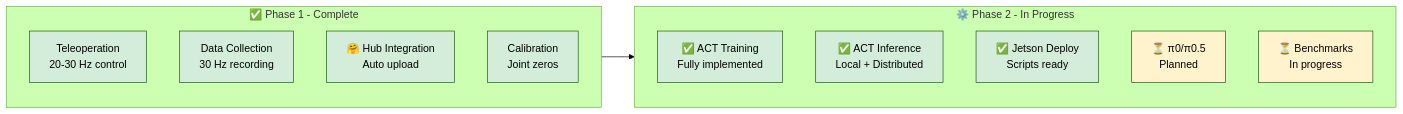
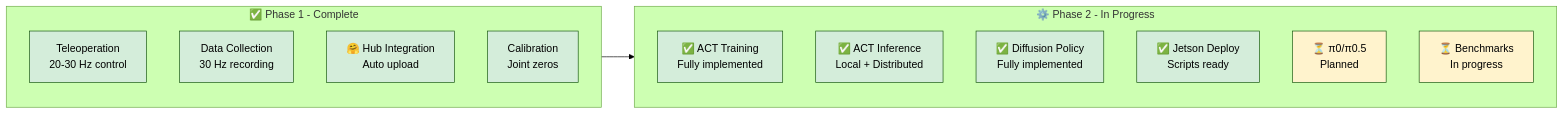
Diagram 11 of 13 in _posts/2025-12-18-allen-vla.md (nu-jliu/nu-jliu.github.io), drawn with Mermaid (forest theme) before and after one commit. The commit also changed other lines of this file and 2 other files, not shown here.

Commit message:
diffusion policy

````diff
--- a/_posts/2025-12-18-allen-vla.md
+++ b/_posts/2025-12-18-allen-vla.md
@@ -727,29 +796,31 @@
 ```mermaid
 graph LR
     subgraph Phase1["✅ Phase 1 - Complete"]
         P1A["Teleoperation<br/>20-30 Hz control"]
         P1B["Data Collection<br/>30 Hz recording"]
         P1C["🤗 Hub Integration<br/>Auto upload"]
         P1D["Calibration<br/>Joint zeros"]
     end
 
     subgraph Phase2["⚙️ Phase 2 - In Progress"]
         P2A["✅ ACT Training<br/>Fully implemented"]
         P2B["✅ ACT Inference<br/>Local + Distributed"]
+        P2F["✅ Diffusion Policy<br/>Fully implemented"]
         P2C["✅ Jetson Deploy<br/>Scripts ready"]
         P2D["⏳ π0/π0.5<br/>Planned"]
         P2E["⏳ Benchmarks<br/>In progress"]
     end
 
     Phase1 --> Phase2
 
     style P1A fill:#d4edda
     style P1B fill:#d4edda
     style P1C fill:#d4edda
     style P1D fill:#d4edda
     style P2A fill:#d4edda
     style P2B fill:#d4edda
+    style P2F fill:#d4edda
     style P2C fill:#d4edda
     style P2D fill:#fff3cd
     style P2E fill:#fff3cd
 ```
````
